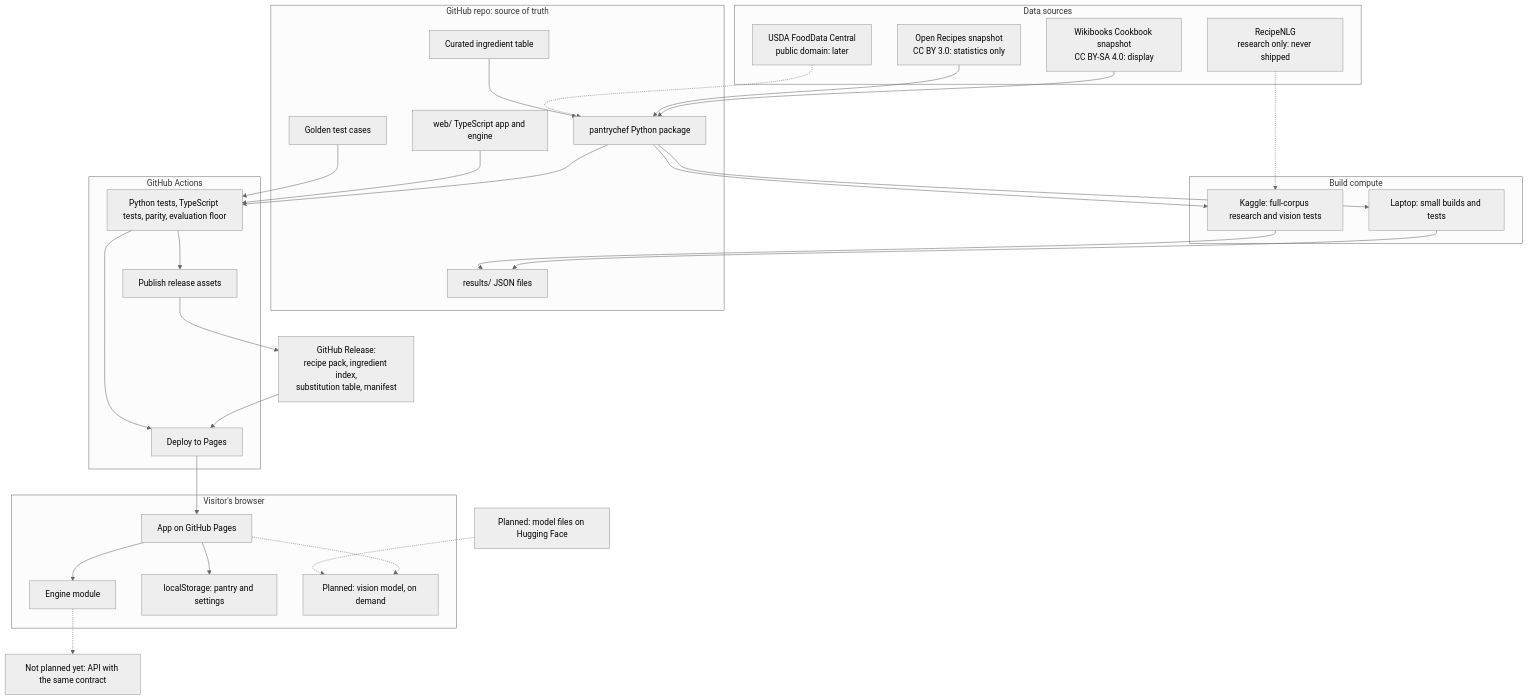
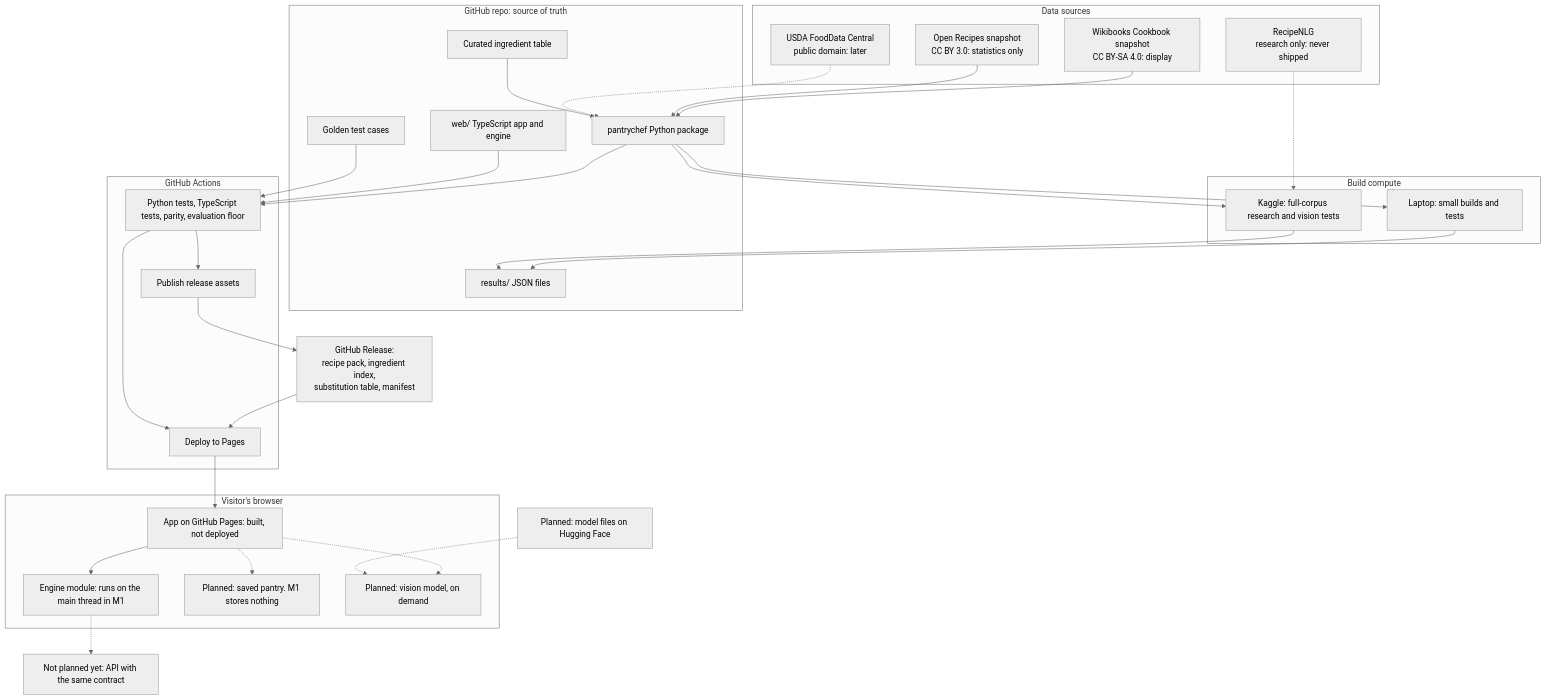
One commit to aritr-codes/PantryChef changed the first of 2 diagrams in docs/ARCHITECTURE_PROPOSAL.md. Above: the diagram before and after it, drawn with Mermaid (neutral theme). The commit also changed other lines of this file and 3 other files, not shown here.

Commit message:
docs: record M1 thin slice in README, architecture and project state

````diff
--- a/docs/ARCHITECTURE_PROPOSAL.md
+++ b/docs/ARCHITECTURE_PROPOSAL.md
@@ -22,62 +23,62 @@
 ```mermaid
 flowchart TB
   subgraph Sources["Data sources"]
     WB["Wikibooks Cookbook snapshot<br/>CC BY-SA 4.0: display"]
     OR["Open Recipes snapshot<br/>CC BY 3.0: statistics only"]
     USDA["USDA FoodData Central<br/>public domain: later"]
     RNLG["RecipeNLG<br/>research only: never shipped"]
   end
 
   subgraph Repo["GitHub repo: source of truth"]
     TABLE["Curated ingredient table"]
     PKG["pantrychef Python package"]
     WEB["web/ TypeScript app and engine"]
     GOLD["Golden test cases"]
     RES["results/ JSON files"]
   end
 
   subgraph Compute["Build compute"]
     LOCAL["Laptop: small builds and tests"]
     KAGGLE["Kaggle: full-corpus research and vision tests"]
   end
 
   subgraph CI["GitHub Actions"]
     TEST["Python tests, TypeScript tests, parity, evaluation floor"]
     REL["Publish release assets"]
     DEPLOY["Deploy to Pages"]
   end
 
   ART["GitHub Release:<br/>recipe pack, ingredient index,<br/>substitution table, manifest"]
 
   subgraph Browser["Visitor's browser"]
-    UI["App on GitHub Pages"]
-    WORKER["Engine module"]
-    STORE["localStorage: pantry and settings"]
+    UI["App on GitHub Pages: built, not deployed"]
+    WORKER["Engine module: runs on the main thread in M1"]
+    STORE["Planned: saved pantry. M1 stores nothing"]
     VISION["Planned: vision model, on demand"]
   end
 
   CDN["Planned: model files on Hugging Face"]
   API["Not planned yet: API with the same contract"]
 
   WB --> PKG
   OR --> PKG
   USDA -.-> PKG
   RNLG -.-> KAGGLE
   TABLE --> PKG
   PKG --> LOCAL
   PKG --> KAGGLE
   LOCAL --> RES
   KAGGLE --> RES
   PKG --> TEST
   WEB --> TEST
   GOLD --> TEST
   TEST --> REL --> ART
   ART --> DEPLOY
   TEST --> DEPLOY
   DEPLOY --> UI
   UI --> WORKER
-  UI --> STORE
+  UI -.-> STORE
   UI -.-> VISION
   CDN -.-> VISION
   WORKER -.-> API
 ```
````
